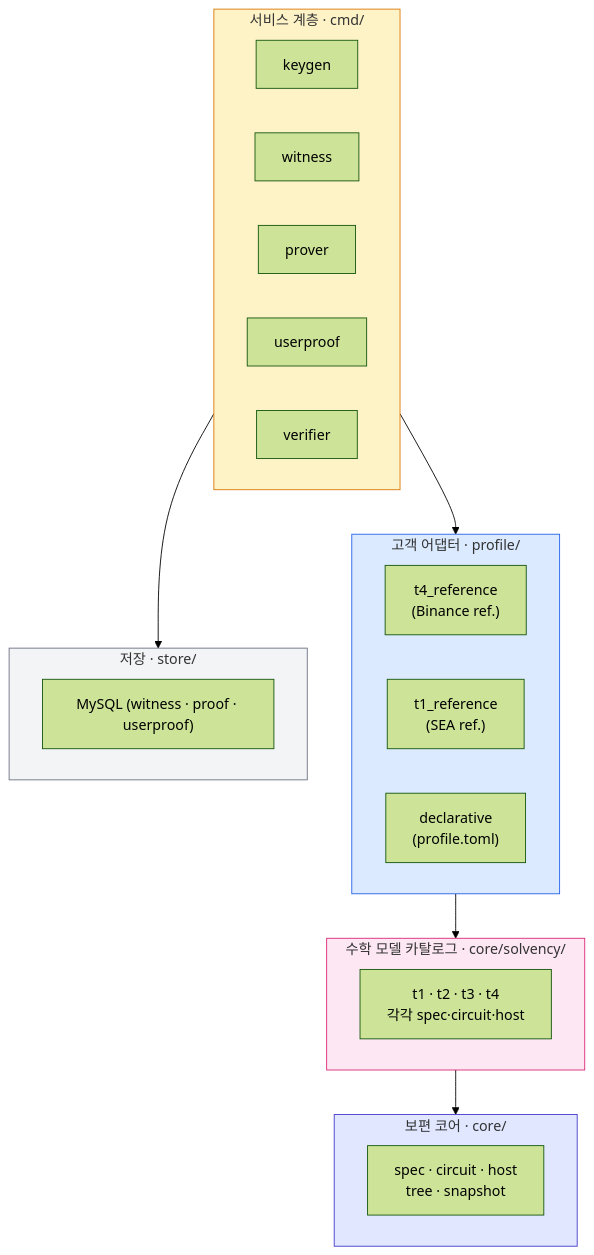
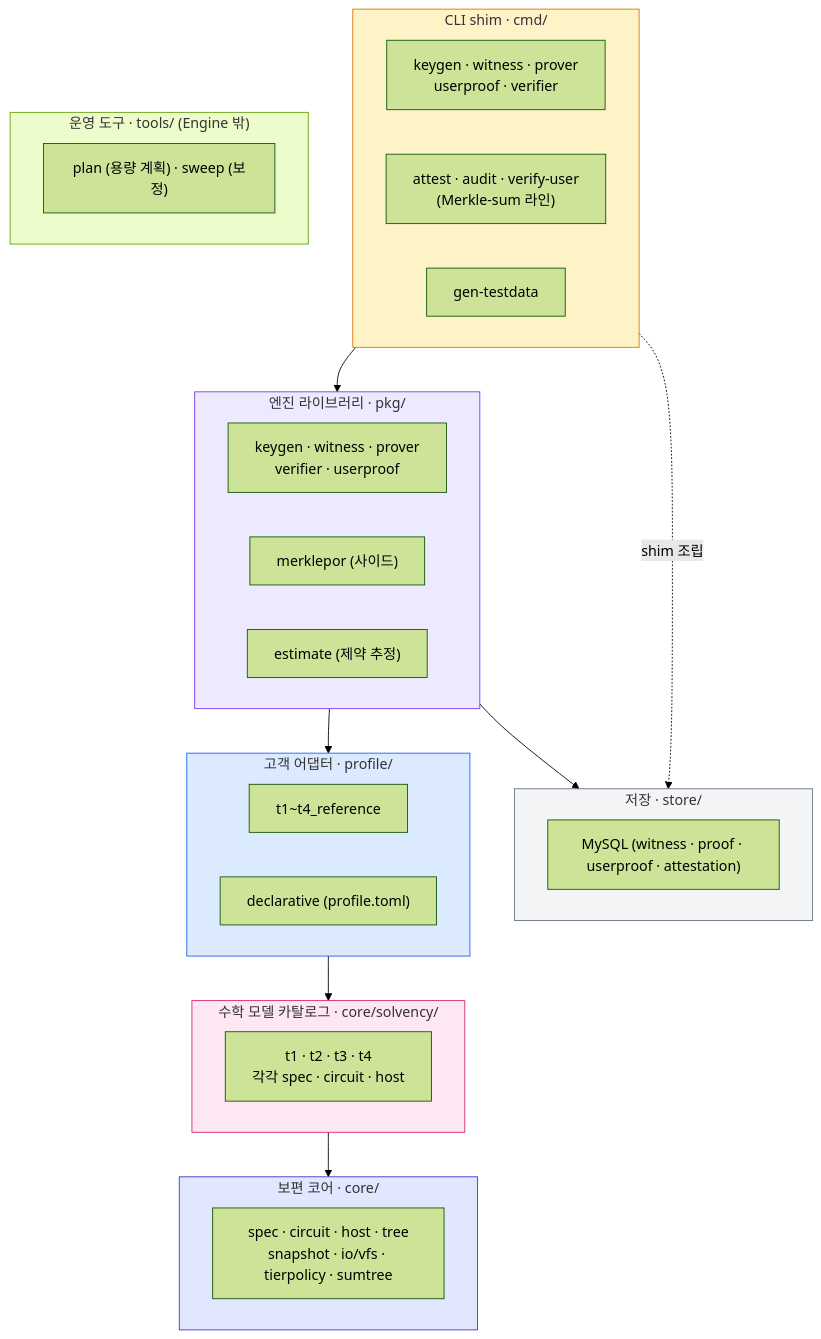
The sixth of 7 diagrams in README.md (BetweenBits-org/zk-pos-ext), drawn with Mermaid (forest theme) before and after one commit. The commit also changed other lines of this file and 5 other files, not shown here.

````diff
--- a/README.md
+++ b/README.md
@@ -215,41 +272,51 @@
 ```mermaid
 flowchart TB
-  subgraph S["서비스 계층 · cmd/"]
+  subgraph CMD["CLI shim · cmd/"]
     direction LR
-    K["keygen"]
-    W["witness"]
-    P["prover"]
-    U["userproof"]
-    V["verifier"]
+    C1["keygen · witness · prover<br/>userproof · verifier"]
+    C2["attest · audit · verify-user<br/>(Merkle-sum 라인)"]
+    C3["gen-testdata"]
+  end
+
+  subgraph PKG["엔진 라이브러리 · pkg/"]
+    direction LR
+    PK1["keygen · witness · prover<br/>verifier · userproof"]
+    PK2["merklepor (사이드)"]
+    PK3["estimate (제약 추정)"]
   end
 
   subgraph PF["고객 어댑터 · profile/"]
     direction LR
-    PFa["t4_reference<br/>(Binance ref.)"]
-    PFb["t1_reference<br/>(SEA ref.)"]
-    PFc["declarative<br/>(profile.toml)"]
+    PFa["t1~t4_reference"]
+    PFb["declarative (profile.toml)"]
   end
 
   subgraph CAT["수학 모델 카탈로그 · core/solvency/"]
-    direction LR
-    CAT1["t1 · t2 · t3 · t4<br/>각각 spec·circuit·host"]
+    CAT1["t1 · t2 · t3 · t4<br/>각각 spec · circuit · host"]
   end
 
   subgraph UNI["보편 코어 · core/"]
     direction LR
-    UNIa["spec · circuit · host<br/>tree · snapshot"]
+    UNIa["spec · circuit · host · tree<br/>snapshot · io/vfs · tierpolicy · sumtree"]
   end
 
   subgraph DB["저장 · store/"]
-    DBa["MySQL (witness · proof · userproof)"]
+    DBa["MySQL (witness · proof · userproof · attestation)"]
   end
 
-  S --> PF --> CAT --> UNI
-  S --> DB
+  subgraph OPS["운영 도구 · tools/ (Engine 밖)"]
+    OPSa["plan (용량 계획) · sweep (보정)"]
+  end
 
-  style S fill:#fef3c7,stroke:#d97706
+  CMD --> PKG --> PF --> CAT --> UNI
+  PKG --> DB
+  CMD -.shim 조립.-> DB
+
+  style CMD fill:#fef3c7,stroke:#d97706
+  style PKG fill:#ede9fe,stroke:#7c3aed
   style PF fill:#dbeafe,stroke:#2563eb
   style CAT fill:#fce7f3,stroke:#db2777
   style UNI fill:#e0e7ff,stroke:#4338ca
   style DB fill:#f3f4f6,stroke:#6b7280
+  style OPS fill:#ecfccb,stroke:#65a30d
 ```
````
